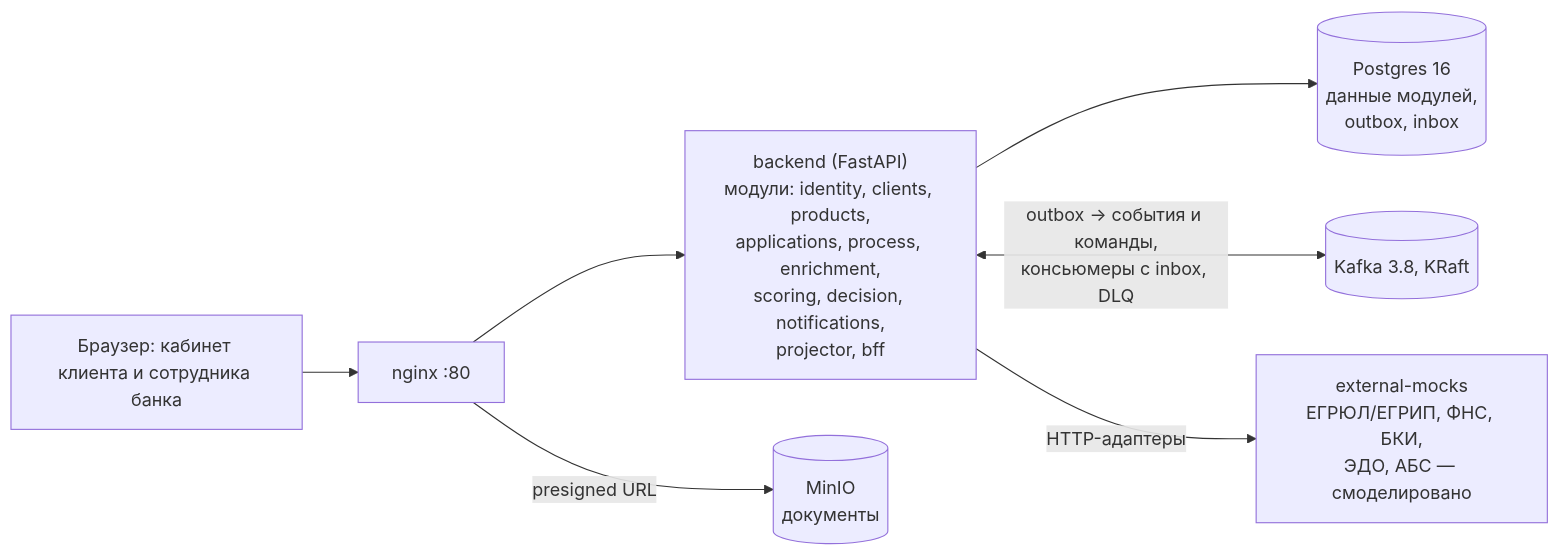
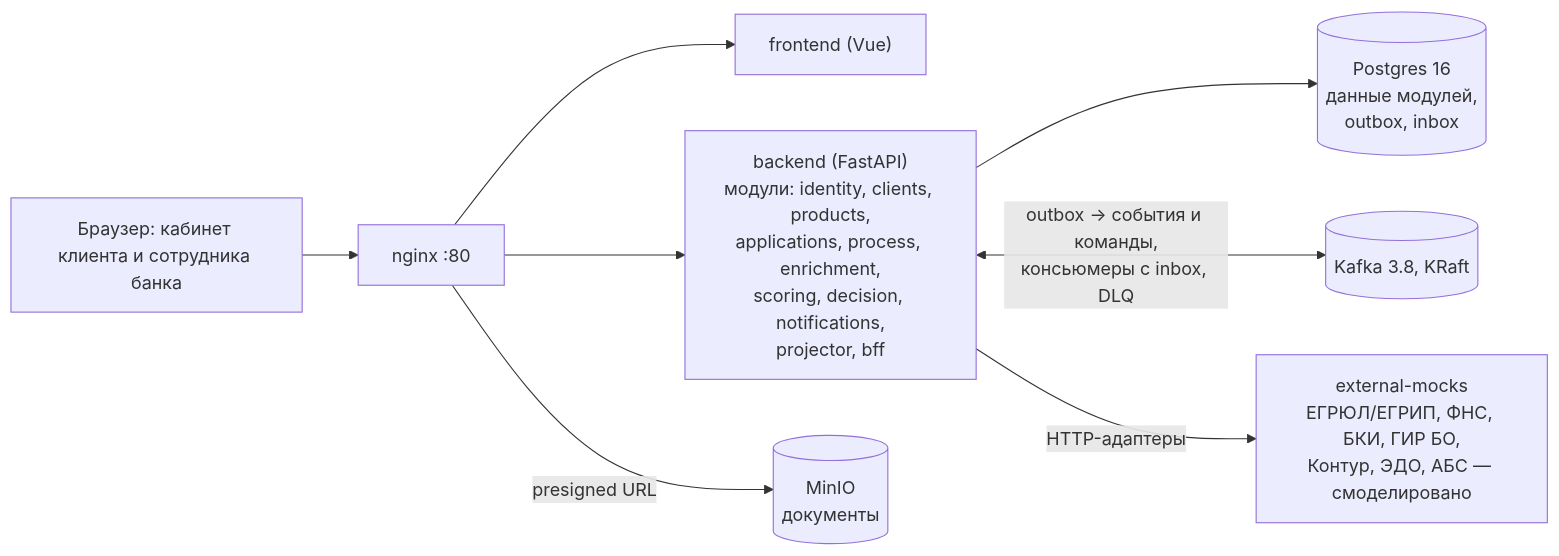
Before and after one commit to 1nsanexeEZ/hackaton_alfabank_2026: the diagram in README.md, drawn with Mermaid. The commit also changed other lines of this file and 16 other files, not shown here.

````diff
--- a/README.md
+++ b/README.md
@@ -24,9 +24,10 @@
 ```mermaid
 flowchart LR
     Browser["Браузер: кабинет клиента и сотрудника банка"] --> Nginx["nginx :80"]
+    Nginx --> Frontend["frontend (Vue)"]
     Nginx --> Backend["backend (FastAPI)<br/>модули: identity, clients, products,<br/>applications, process, enrichment,<br/>scoring, decision, notifications,<br/>projector, bff"]
     Nginx -->|presigned URL| MinIO[("MinIO<br/>документы")]
     Backend --> Postgres[("Postgres 16<br/>данные модулей,<br/>outbox, inbox")]
     Backend <-->|outbox → события и команды,<br/>консьюмеры с inbox, DLQ| Kafka[("Kafka 3.8, KRaft")]
-    Backend -->|HTTP-адаптеры| Mocks["external-mocks<br/>ЕГРЮЛ/ЕГРИП, ФНС, БКИ,<br/>ЭДО, АБС — смоделировано"]
+    Backend -->|HTTP-адаптеры| Mocks["external-mocks<br/>ЕГРЮЛ/ЕГРИП, ФНС, БКИ, ГИР БО,<br/>Контур, ЭДО, АБС — смоделировано"]
 ```
````
